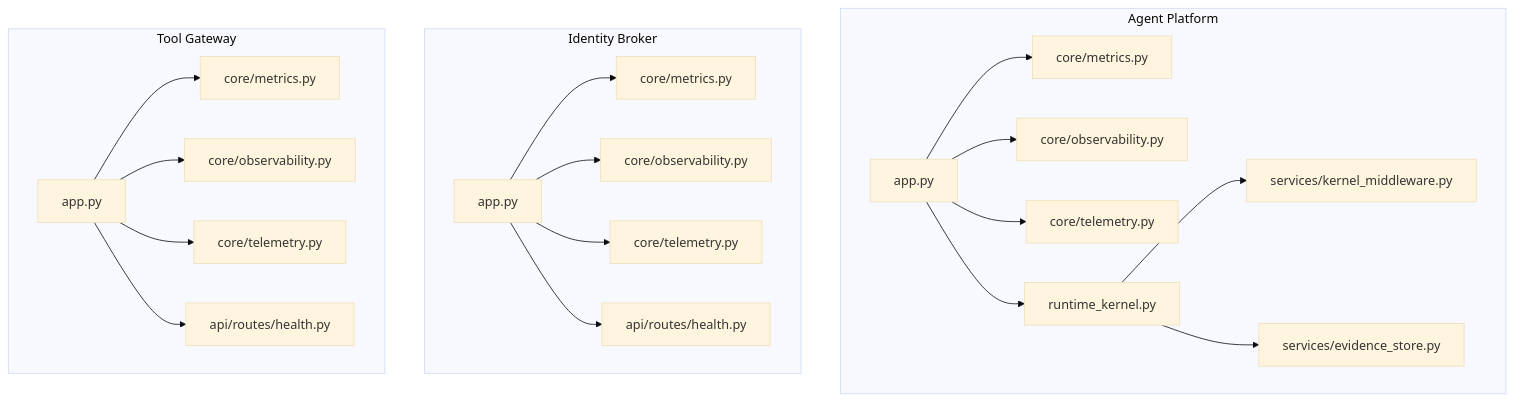
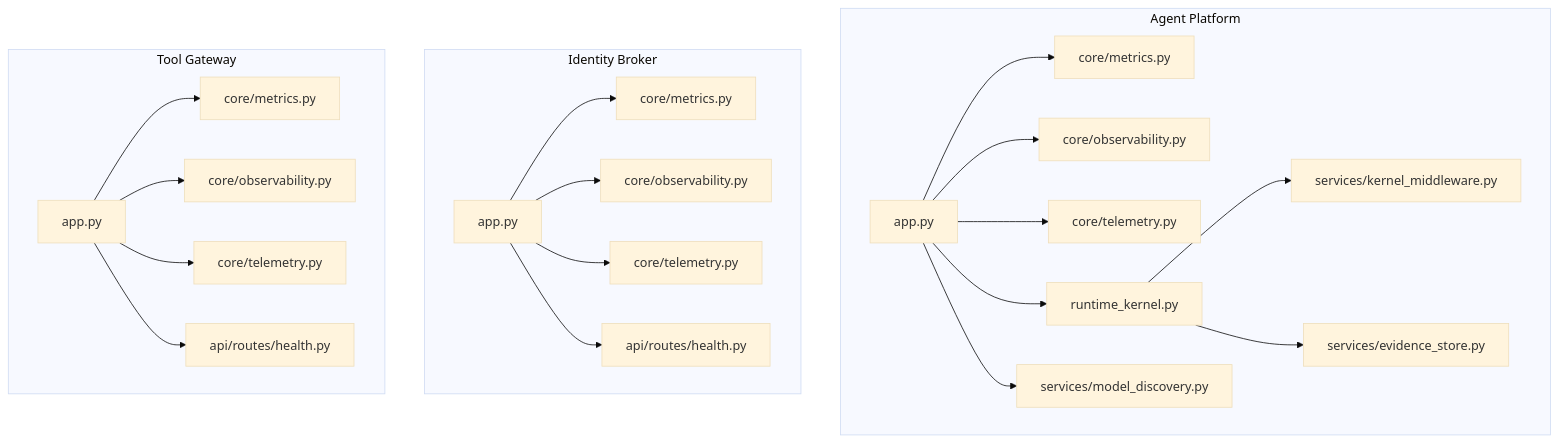
The first of 3 diagrams in .qoder/repowiki/en/content/Agent Platform Service/Observability and Monitoring.md (metasync/luban-aiops), drawn with Mermaid (base theme) before and after one commit. The commit also changed other lines of this file and 7 other files, not shown here.

````diff
--- a/.qoder/repowiki/en/content/Agent Platform Service/Observability and Monitoring.md
+++ b/.qoder/repowiki/en/content/Agent Platform Service/Observability and Monitoring.md
@@ -76,40 +78,42 @@
 ```mermaid
 graph TB
 subgraph "Agent Platform"
 AP_app["app.py"]
 AP_metrics["core/metrics.py"]
 AP_obs["core/observability.py"]
 AP_telemetry["core/telemetry.py"]
 AP_kernel["runtime_kernel.py"]
 AP_middleware["services/kernel_middleware.py"]
 AP_evidence["services/evidence_store.py"]
+AP_discovery["services/model_discovery.py"]
 end
 subgraph "Identity Broker"
 IB_app["app.py"]
 IB_metrics["core/metrics.py"]
 IB_obs["core/observability.py"]
 IB_telemetry["core/telemetry.py"]
 IB_health["api/routes/health.py"]
 end
 subgraph "Tool Gateway"
 TG_app["app.py"]
 TG_metrics["core/metrics.py"]
 TG_obs["core/observability.py"]
 TG_telemetry["core/telemetry.py"]
 TG_health["api/routes/health.py"]
 end
 AP_app --> AP_metrics
 AP_app --> AP_obs
 AP_app --> AP_telemetry
 AP_app --> AP_kernel
 AP_kernel --> AP_middleware
 AP_kernel --> AP_evidence
+AP_app --> AP_discovery
 IB_app --> IB_metrics
 IB_app --> IB_obs
 IB_app --> IB_telemetry
 IB_app --> IB_health
 TG_app --> TG_metrics
 TG_app --> TG_obs
 TG_app --> TG_telemetry
 TG_app --> TG_health
 ```
````
